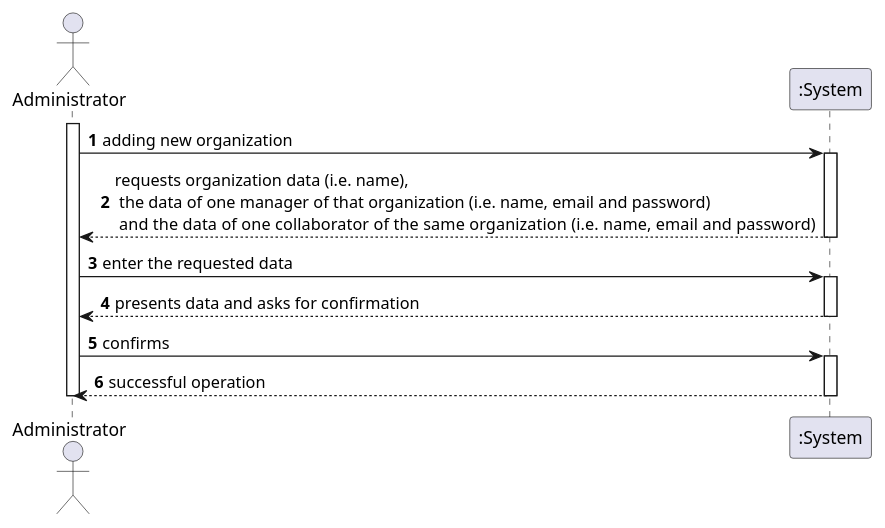
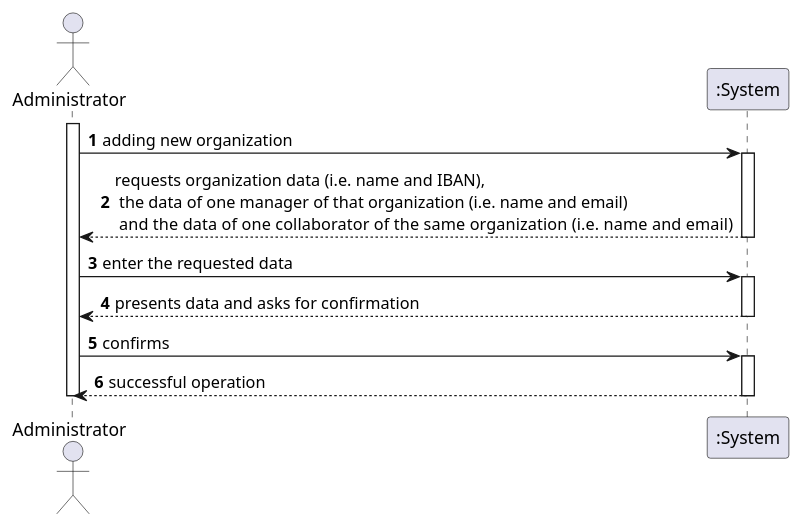
The diagram in docs/UC_08/UC08_SSD.puml (botelho-io/lapr2-2020-g029), drawn with PlantUML before and after one commit. The commit also changed 10 other files, not shown here.

```diff
--- a/docs/UC_08/UC08_SSD.puml
+++ b/docs/UC_08/UC08_SSD.puml
@@ -1,22 +1,22 @@
 @startuml
 autonumber
 actor Administrator as A
 
 activate A
 A -> ":System" : adding new organization
 activate ":System"
-":System" --> A : requests organization data (i.e. name),\n the data of one manager of that organization (i.e. name, email and password)\n and  the data of one collaborator of the same organization  (i.e. name, email and password)
+":System" --> A : requests organization data (i.e. name and IBAN),\n the data of one manager of that organization (i.e. name and email)\n and  the data of one collaborator of the same organization  (i.e. name and email)
 deactivate ":System"
 
 A -> ":System" : enter the requested data
 activate ":System"
 ":System" --> A : presents data and asks for confirmation
 deactivate ":System"
 
 A -> ":System" : confirms
 activate ":System"
 ":System" --> A : successful operation
 deactivate ":System"
 
 deactivate A
 @enduml
```
